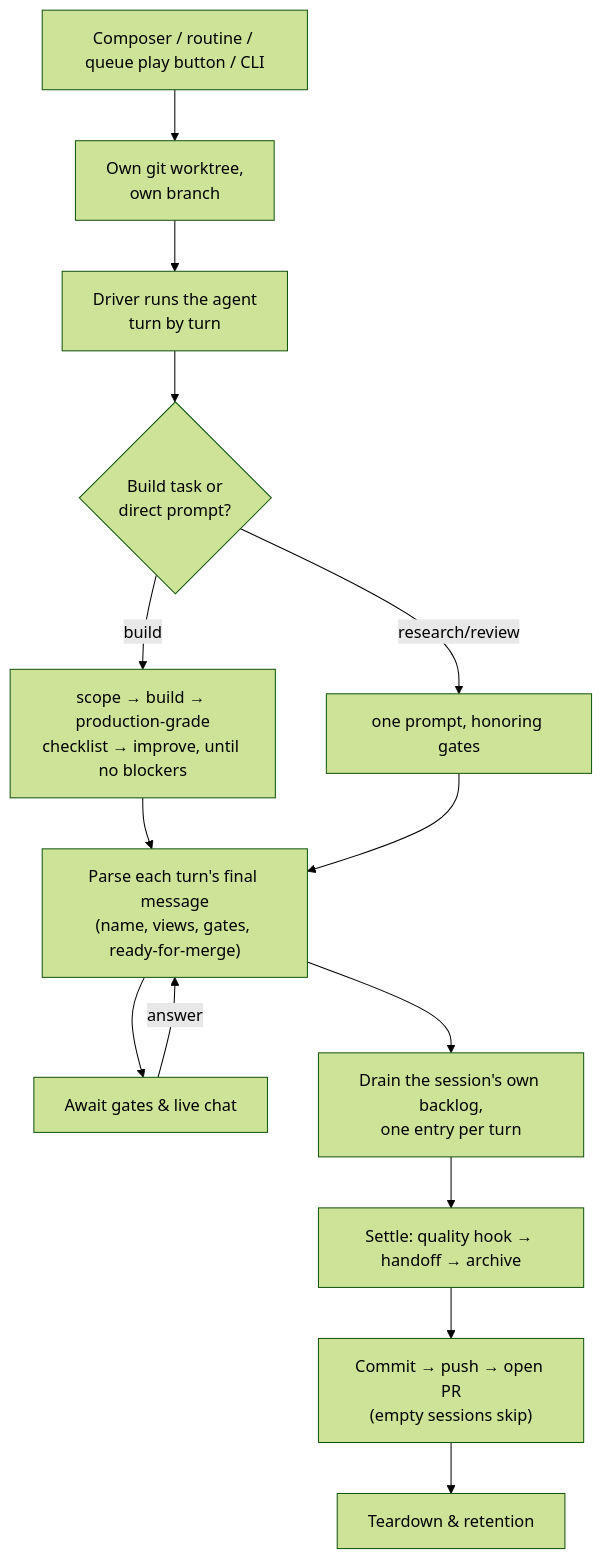
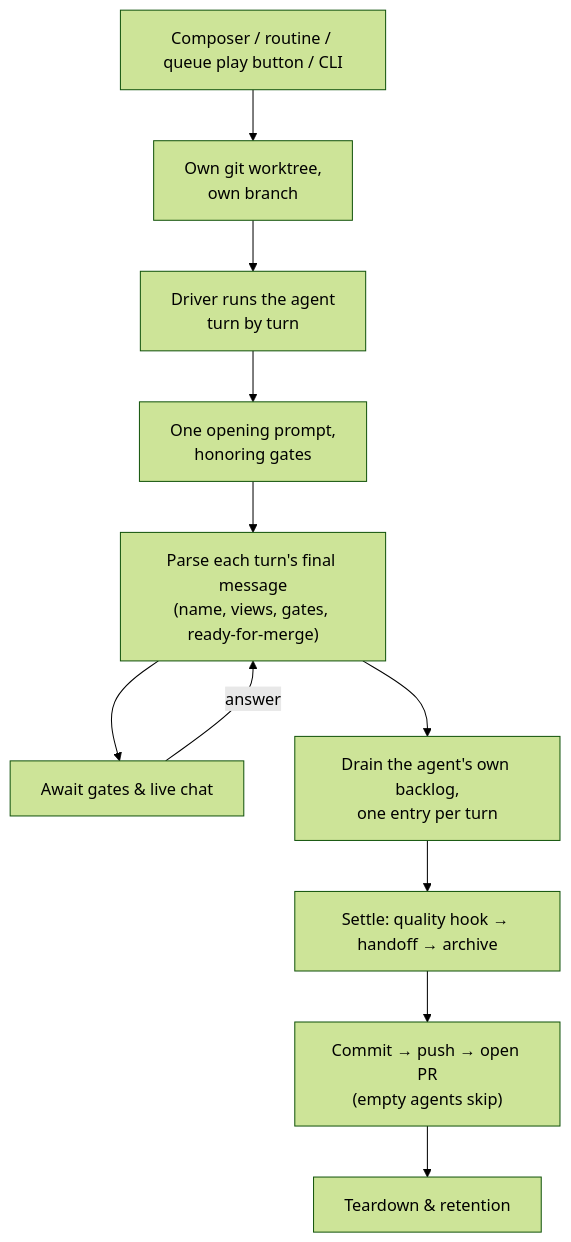
One commit to framework/the-framework changed the diagram in packages/the-framework/SPEC.md. Above: the diagram before and after it, drawn with Mermaid (forest theme). The commit also changed other lines of this file and 2381 other files, not shown here.

````diff
--- a/packages/the-framework/SPEC.md
+++ b/packages/the-framework/SPEC.md
@@ -13,16 +13,13 @@
 ```mermaid
 flowchart TD
     Trigger["Composer / routine / queue play button / CLI"] --> Workspace["Own git worktree,<br/>own branch"]
     Workspace --> Drive["Driver runs the agent<br/>turn by turn"]
-    Drive --> Kind{Build task or<br/>direct prompt?}
-    Kind -->|build| Build["scope → build → production-grade<br/>checklist → improve, until no blockers"]
-    Kind -->|research/review| Prompt["one prompt, honoring gates"]
-    Build --> Parse["Parse each turn's final message<br/>(name, views, gates, ready-for-merge)"]
-    Prompt --> Parse
+    Drive --> Prompt["One opening prompt,<br/>honoring gates"]
+    Prompt --> Parse["Parse each turn's final message<br/>(name, views, gates, ready-for-merge)"]
     Parse --> Gates["Await gates & live chat"]
     Gates -->|answer| Parse
-    Parse --> Backlog["Drain the session's own backlog,<br/>one entry per turn"]
+    Parse --> Backlog["Drain the agent's own backlog,<br/>one entry per turn"]
     Backlog --> Settle["Settle: quality hook → handoff → archive"]
-    Settle --> Handoff["Commit → push → open PR<br/>(empty sessions skip)"]
+    Settle --> Handoff["Commit → push → open PR<br/>(empty agents skip)"]
     Handoff --> Teardown["Teardown & retention"]
 ```
````
